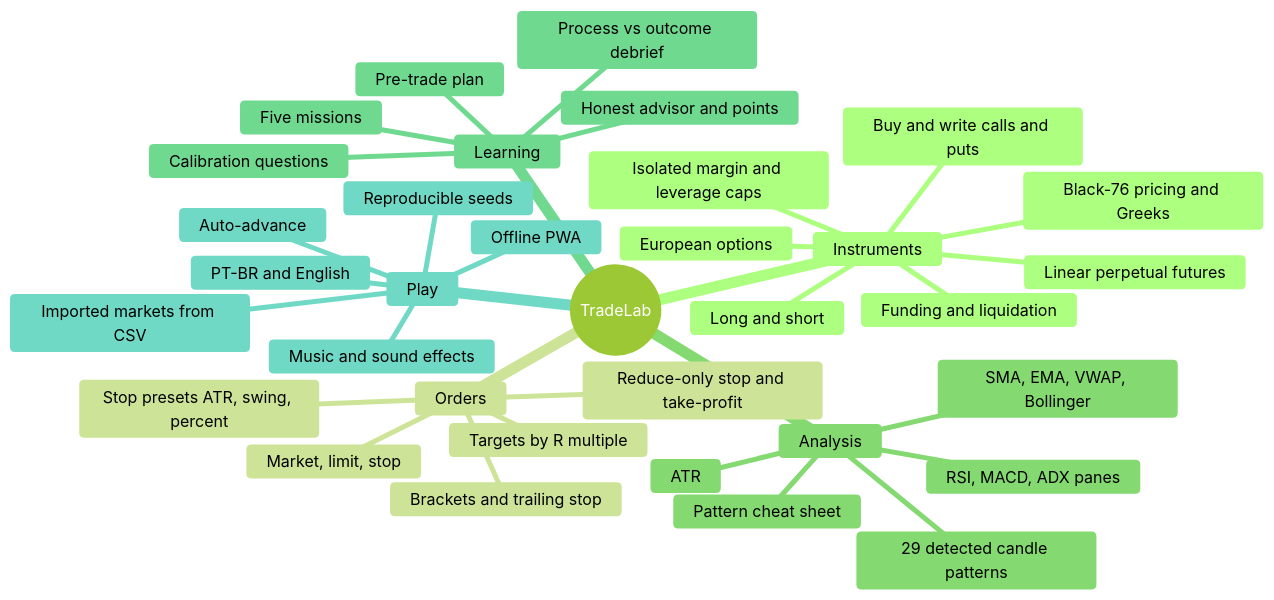
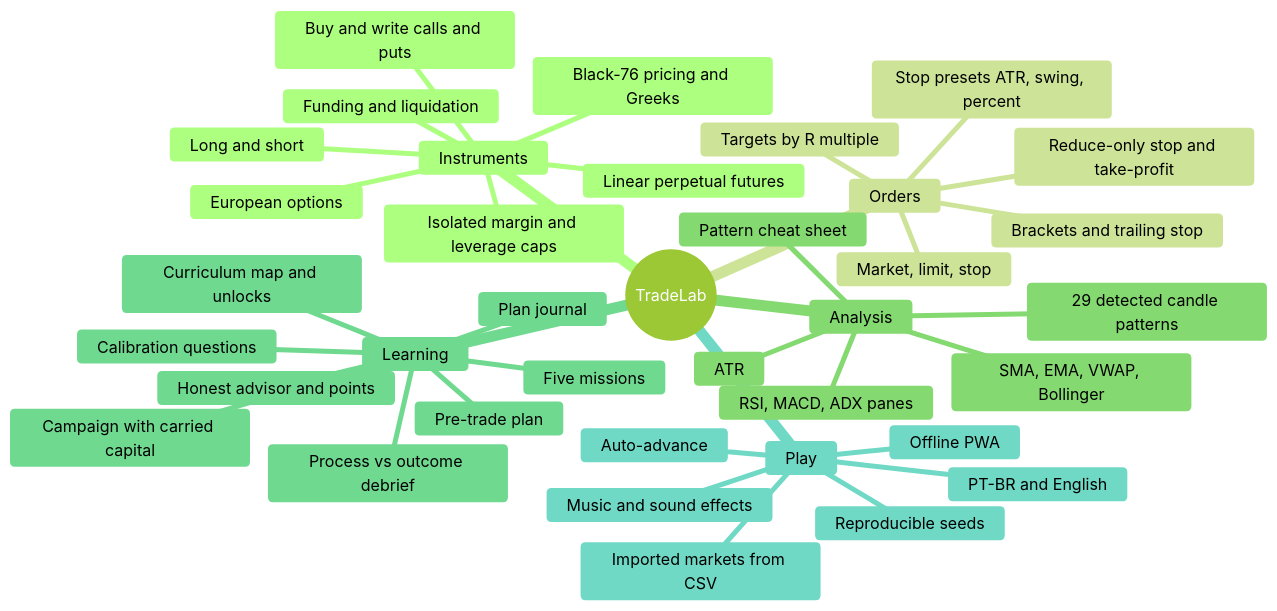
The first of 7 diagrams in README.md (CyberdyneCorp/trading-game), drawn with Mermaid (forest theme) before and after one commit. The commit also changed other lines of this file and 50 other files, not shown here.

First line of the commit message:
Campaign runs, curriculum map and plan journal (policy v12)

````diff
--- a/README.md
+++ b/README.md
@@ -45,37 +45,40 @@
 ```mermaid
 mindmap
   root((TradeLab))
     Instruments
       Linear perpetual futures
       Long and short
       Isolated margin and leverage caps
       Funding and liquidation
       European options
       Buy and write calls and puts
       Black-76 pricing and Greeks
     Orders
       Market, limit, stop
       Reduce-only stop and take-profit
       Brackets and trailing stop
       Stop presets ATR, swing, percent
       Targets by R multiple
     Analysis
       SMA, EMA, VWAP, Bollinger
       RSI, MACD, ADX panes
       ATR
       29 detected candle patterns
       Pattern cheat sheet
     Learning
       Five missions
+      Campaign with carried capital
+      Curriculum map and unlocks
+      Plan journal
       Honest advisor and points
       Pre-trade plan
       Calibration questions
       Process vs outcome debrief
     Play
       Auto-advance
       Music and sound effects
       Offline PWA
       Imported markets from CSV
       PT-BR and English
       Reproducible seeds
 ```
````
